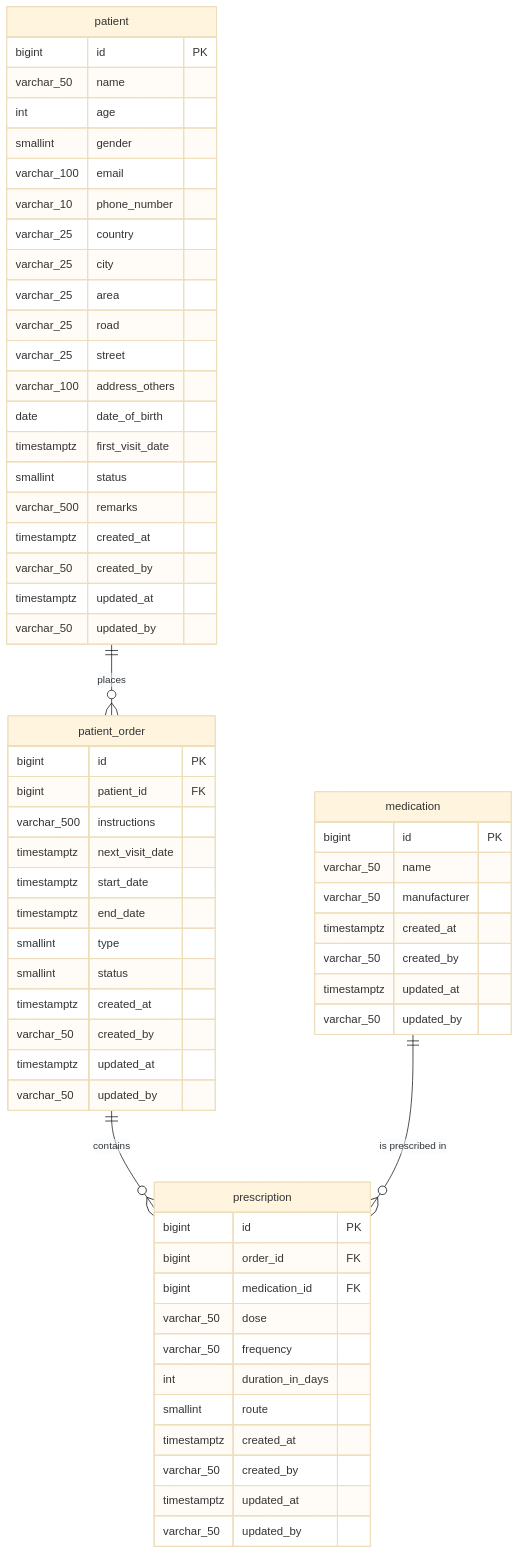
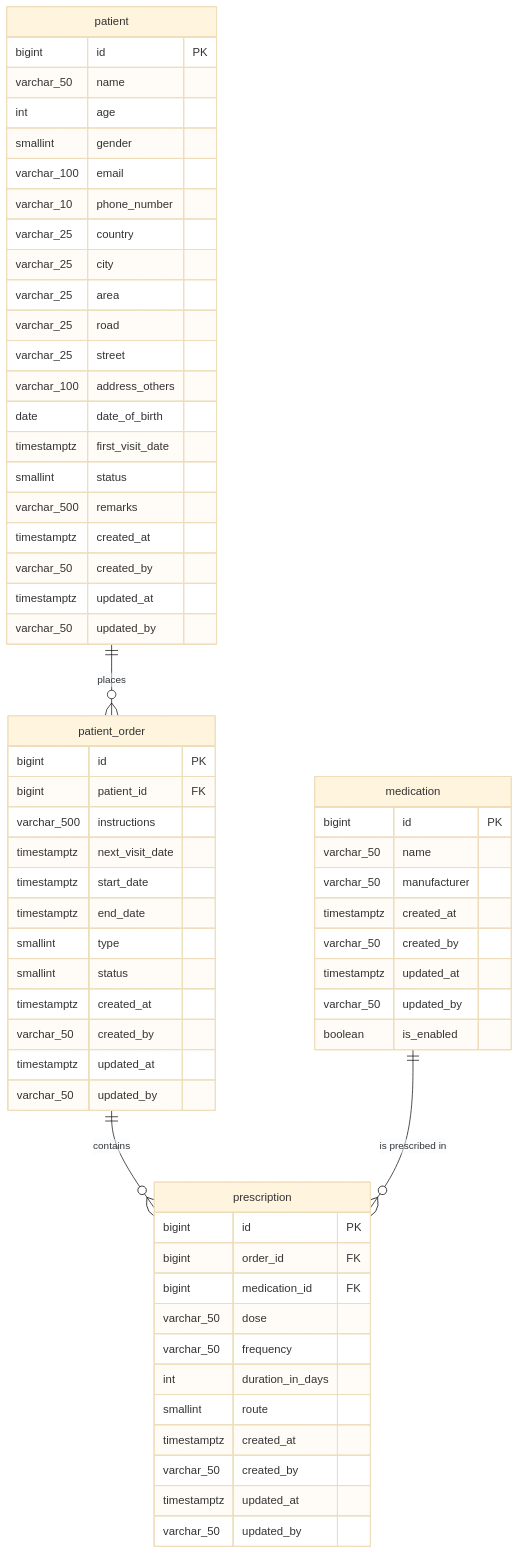
Before and after one commit to ponylin1985/example-api: the first of 3 diagrams in README.md, drawn with Mermaid (base theme). The commit also changed other lines of this file, not shown here.

````diff
--- a/README.md
+++ b/README.md
@@ -272,68 +276,69 @@
 ```mermaid
 erDiagram
     patient ||--o{ patient_order : "places"
     patient_order ||--o{ prescription : "contains"
     medication ||--o{ prescription : "is prescribed in"
 
     patient {
         bigint id PK
         varchar_50 name
         int age
         smallint gender
         varchar_100 email
         varchar_10 phone_number
         varchar_25 country
         varchar_25 city
         varchar_25 area
         varchar_25 road
         varchar_25 street
         varchar_100 address_others
         date date_of_birth
         timestamptz first_visit_date
         smallint status
         varchar_500 remarks
         timestamptz created_at
         varchar_50 created_by
         timestamptz updated_at
         varchar_50 updated_by
     }
 
     patient_order {
         bigint id PK
         bigint patient_id FK
         varchar_500 instructions
         timestamptz next_visit_date
         timestamptz start_date
         timestamptz end_date
         smallint type
         smallint status
         timestamptz created_at
         varchar_50 created_by
         timestamptz updated_at
         varchar_50 updated_by
     }
 
     medication {
         bigint id PK
         varchar_50 name
         varchar_50 manufacturer
         timestamptz created_at
         varchar_50 created_by
         timestamptz updated_at
         varchar_50 updated_by
+        boolean is_enabled
     }
 
     prescription {
         bigint id PK
         bigint order_id FK
         bigint medication_id FK
         varchar_50 dose
         varchar_50 frequency
         int duration_in_days
         smallint route
         timestamptz created_at
         varchar_50 created_by
         timestamptz updated_at
         varchar_50 updated_by
     }
 ```
````
